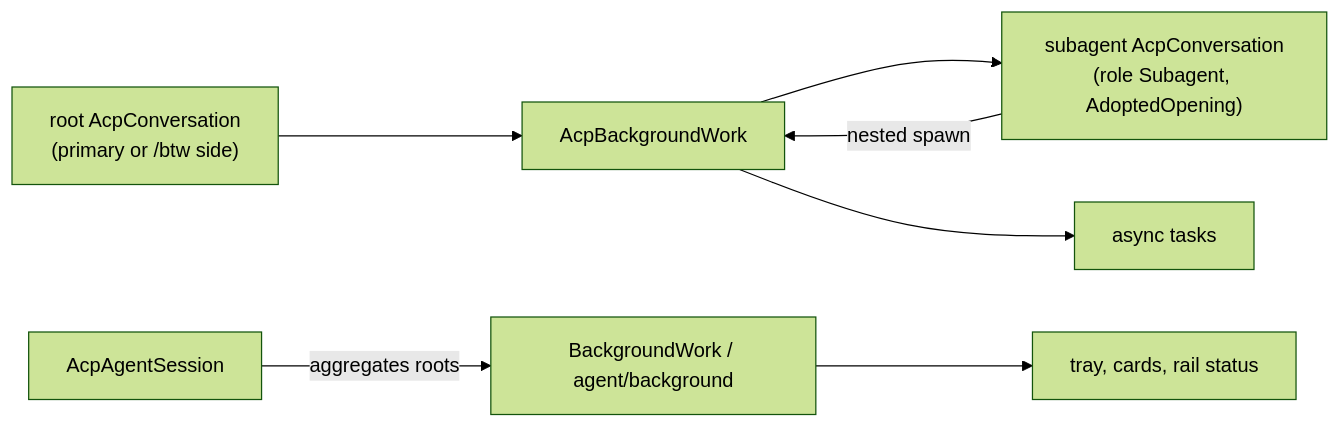
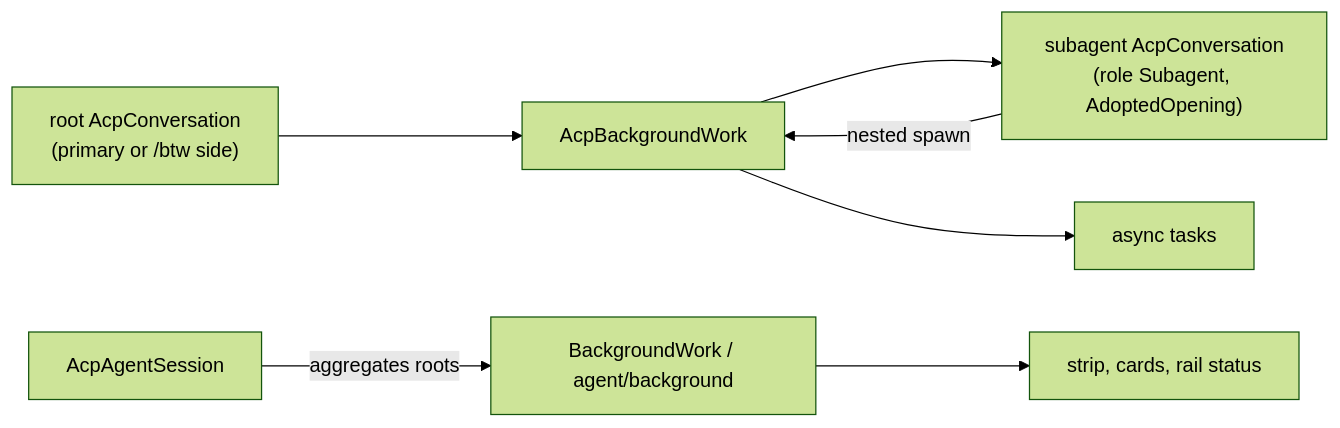
The first of 2 diagrams in docs/specs/background-work.md (Kapps/weavie), drawn with Mermaid (forest theme) before and after one commit. The commit also changed other lines of this file and 52 other files, not shown here.

````diff
--- a/docs/specs/background-work.md
+++ b/docs/specs/background-work.md
@@ -33,9 +33,9 @@
 ```mermaid
 flowchart LR
   Root["root AcpConversation<br/>(primary or /btw side)"] --> Work["AcpBackgroundWork"]
   Work --> Sub["subagent AcpConversation<br/>(role Subagent, AdoptedOpening)"]
   Sub -- nested spawn --> Work
   Work --> Tasks["async tasks"]
   Session["AcpAgentSession"] -- aggregates roots --> Items["BackgroundWork / agent/background"]
-  Items --> Tray["tray, cards, rail status"]
+  Items --> Tray["strip, cards, rail status"]
 ```
````
